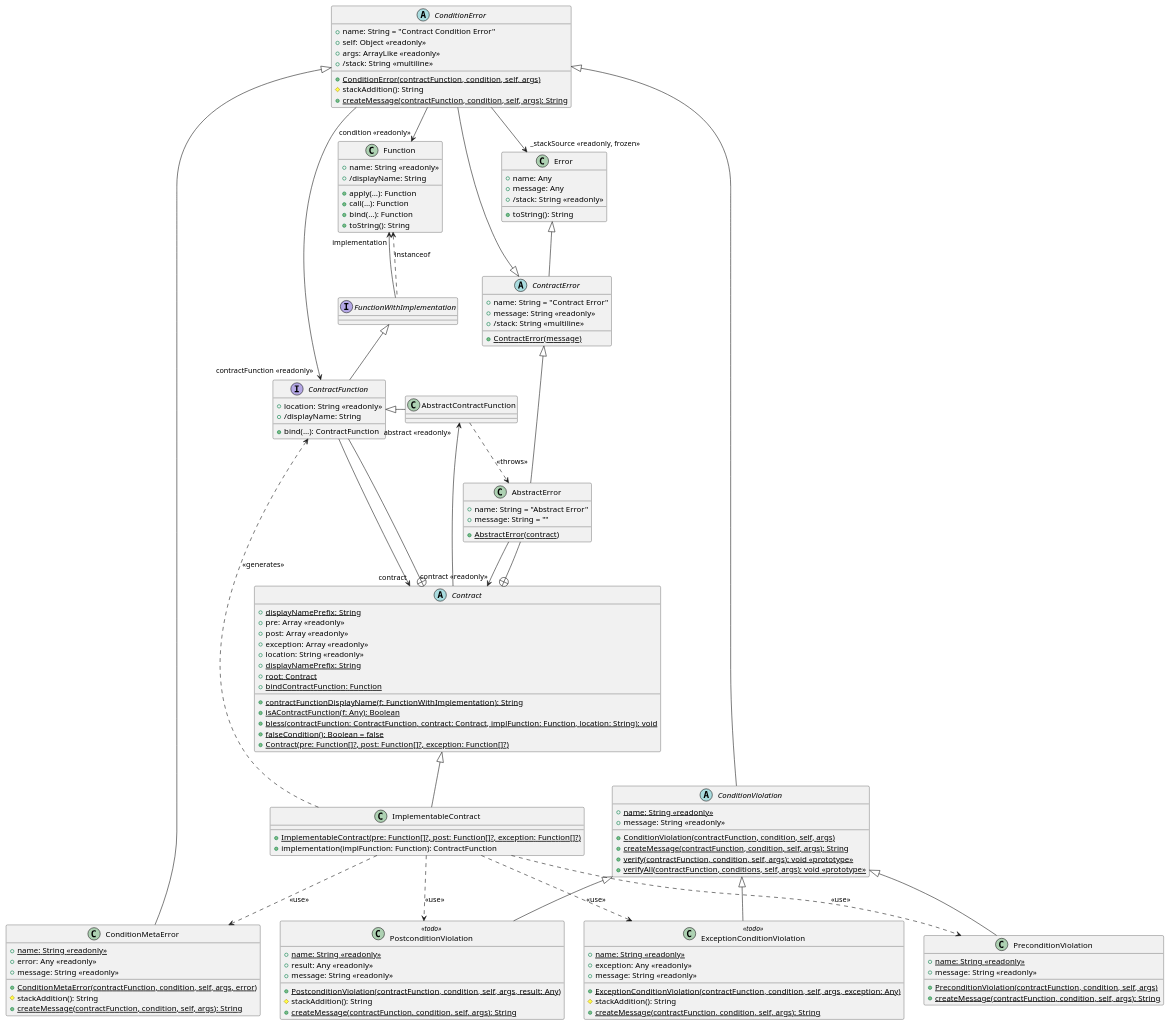
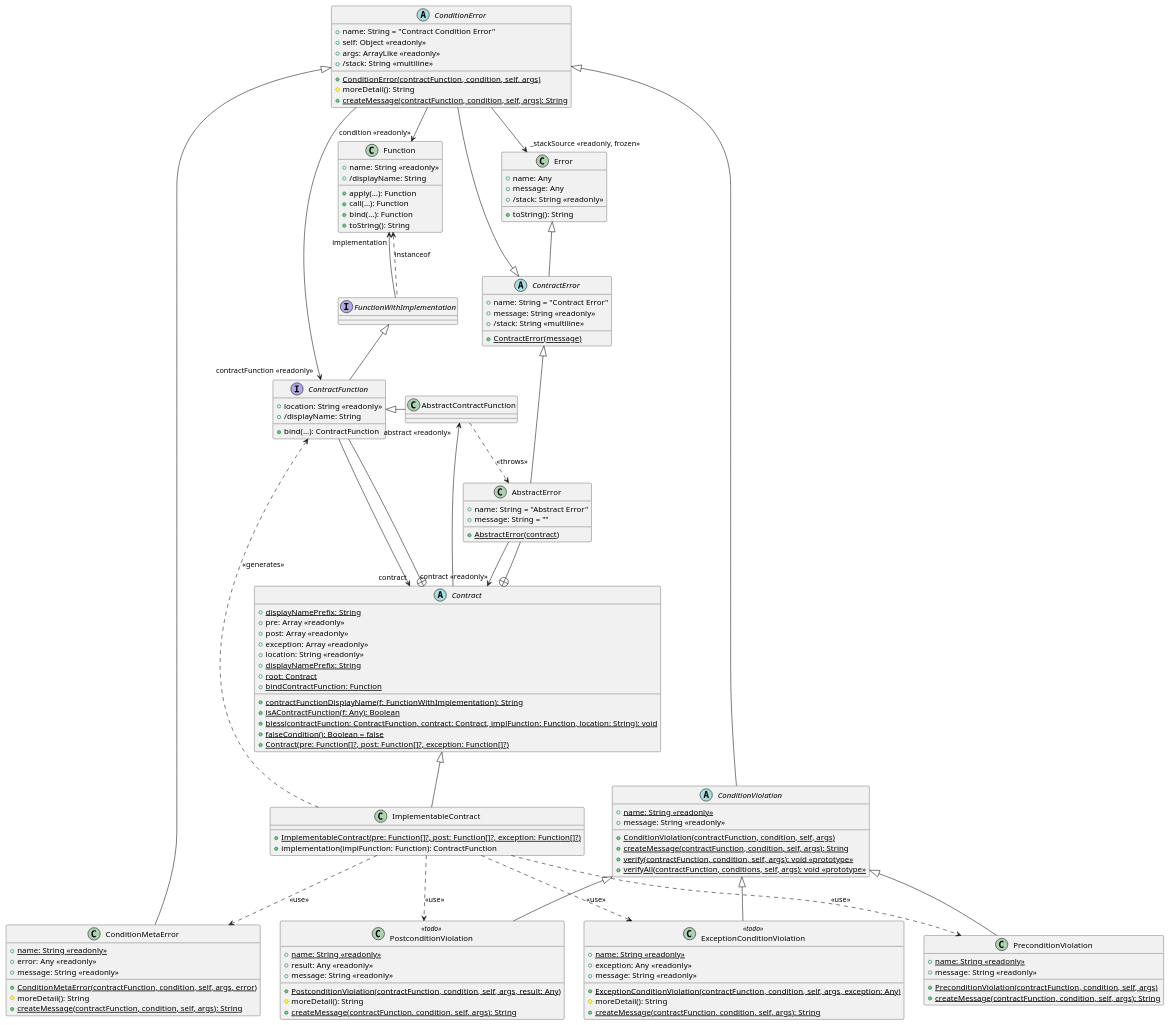
One commit to Toryt/contracts changed the diagram in src/I/model.puml. Above: the diagram before and after it, drawn with PlantUML. The commit also changed 2 other files, not shown here.

Commit message:
Rename stackAddition to moreDetail

```diff
--- a/src/I/model.puml
+++ b/src/I/model.puml
@@ -1,148 +1,148 @@
 @startuml
 
 class Function {
   +name: String <<readonly>>
   +/displayName: String
   +apply(…): Function
   +call(…): Function
   +bind(…): Function
   +toString(): String
 }
 class Error {
   +name: Any
   +message: Any
   +/stack: String <<readonly>>
   +toString(): String
 }
 
 interface FunctionWithImplementation
 
 Function <.. FunctionWithImplementation: instanceof
 FunctionWithImplementation --> "implementation" Function
 
 abstract class Contract {
   +{static} displayNamePrefix: String
   +pre: Array <<readonly>>
   +post: Array <<readonly>>
   +exception: Array <<readonly>>
   +location: String <<readonly>>
   +{static} displayNamePrefix: String
   +{static} root: Contract
   +{static} contractFunctionDisplayName(f: FunctionWithImplementation): String
   +{static} bindContractFunction: Function
   +{static} isAContractFunction(f: Any): Boolean
   +{static} bless(contractFunction: ContractFunction, contract: Contract, implFunction: Function, location: String): void
   +{static} falseCondition(): Boolean = false
   +{static} Contract(pre: Function[]?, post: Function[]?, exception: Function[]?)
 }
 
 class ImplementableContract {
   +{static} ImplementableContract(pre: Function[]?, post: Function[]?, exception: Function[]?)
   +implementation(implFunction: Function): ContractFunction
 }
 Contract <|-- ImplementableContract
 
 interface ContractFunction {
   +location: String <<readonly>>
   +/displayName: String
   +bind(…): ContractFunction
 }
 
 class AbstractContractFunction
 ContractFunction <|- AbstractContractFunction
 
 Contract +-- ContractFunction
 FunctionWithImplementation <|-- ContractFunction
 
 ContractFunction --> "contract" Contract
 Contract --> "abstract <<readonly>>" AbstractContractFunction
 
 abstract class ContractError {
   +name: String = "Contract Error"
   +message: String <<readonly>>
   +/stack: String <<multiline>>
   +{static} ContractError(message)
 }
 Error <|-- ContractError
 
 class AbstractError {
   +name: String = "Abstract Error"
   +message: String = ""
   +{static} AbstractError(contract)
 }
 Contract +-- AbstractError
 ContractError <|-- AbstractError
 AbstractContractFunction ..> AbstractError : "<<throws>>"
 
 AbstractError --> "contract <<readonly>>" Contract
 
 abstract class ConditionError {
   +name: String = "Contract Condition Error"
   +self: Object <<readonly>>
   +args: ArrayLike <<readonly>>
   +/stack: String <<multiline>>
   +{static} ConditionError(contractFunction, condition, self, args)
-  #stackAddition(): String
+  #moreDetail(): String
   +{static} createMessage(contractFunction, condition, self, args): String
 }
 ContractError <|-- ConditionError
 
 class ConditionMetaError {
   +{static} name: String <<readonly>>
   +error: Any <<readonly>>
   +message: String <<readonly>>
   +{static} ConditionMetaError(contractFunction, condition, self, args, error)
-  #stackAddition(): String
+  #moreDetail(): String
   +{static} createMessage(contractFunction, condition, self, args): String
 }
 
 abstract class ConditionViolation {
   +{static} name: String <<readonly>>
   +message: String <<readonly>>
   +{static} ConditionViolation(contractFunction, condition, self, args)
   +{static} createMessage(contractFunction, condition, self, args): String
   +{static} verify(contractFunction, condition, self, args): void <<prototype>>
   +{static} verifyAll(contractFunction, conditions, self, args): void <<prototype>>
 }
 class PreconditionViolation {
   +{static} name: String <<readonly>>
   +message: String <<readonly>>
   +{static} PreconditionViolation(contractFunction, condition, self, args)
   +{static} createMessage(contractFunction, condition, self, args): String
 }
 class PostconditionViolation <<todo>> {
   +{static} name: String <<readonly>>
   +result: Any <<readonly>>
   +message: String <<readonly>>
   +{static} PostconditionViolation(contractFunction, condition, self, args, result: Any)
-  #stackAddition(): String
+  #moreDetail(): String
   +{static} createMessage(contractFunction, condition, self, args): String
 }
 
 class ExceptionConditionViolation <<todo>> {
   +{static} name: String <<readonly>>
   +exception: Any <<readonly>>
   +message: String <<readonly>>
   +{static} ExceptionConditionViolation(contractFunction, condition, self, args, exception: Any)
-  #stackAddition(): String
+  #moreDetail(): String
   +{static} createMessage(contractFunction, condition, self, args): String
 }
 
 ConditionError --> "contractFunction <<readonly>>" ContractFunction
 ConditionError --> "condition <<readonly>>" Function
 ConditionError --> "_stackSource <<readonly, frozen>>" Error
 
 ConditionError <|-- ConditionMetaError
 ConditionError <|-- ConditionViolation
 
 ConditionViolation <|-- PreconditionViolation
 ConditionViolation <|-- PostconditionViolation
 ConditionViolation <|-- ExceptionConditionViolation
 
 ImplementableContract ..> ConditionMetaError: <<use>>
 ImplementableContract ..> PreconditionViolation: <<use>>
 ImplementableContract ..> PostconditionViolation: <<use>>
 ImplementableContract ..> ExceptionConditionViolation: <<use>>
 ImplementableContract ..> ContractFunction: <<generates>>
 
 @enduml
```
